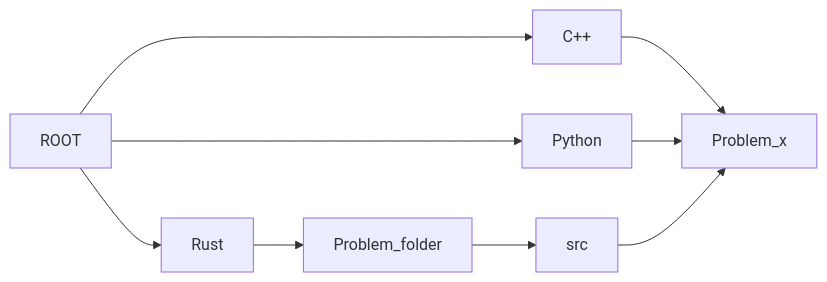
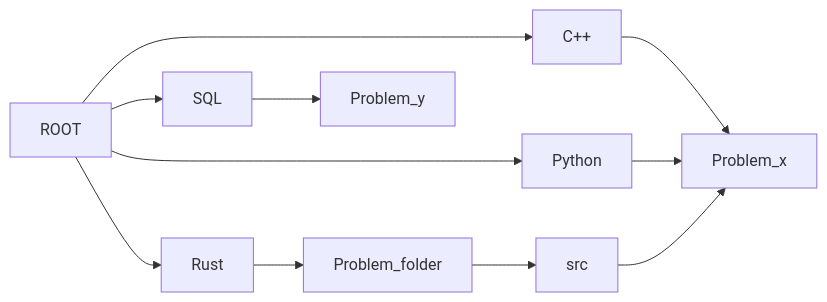
Before and after one commit to kizzandev/LeetCode: the first of 3 diagrams in README.md, drawn with Mermaid. The commit also changed other lines of this file and 1 other file, not shown here.

First line of the commit message:
Added SQL problem

````diff
--- a/README.md
+++ b/README.md
@@ -9,11 +9,13 @@
 ```mermaid
 graph LR;
     ROOT-->C++
     ROOT-->Python
     ROOT-->Rust
+    ROOT-->SQL
     C++-->Problem_x
     Python-->Problem_x
     Rust-->Problem_folder
     Problem_folder-->src
     src-->Problem_x
+    SQL-->Problem_y
 ```
````
